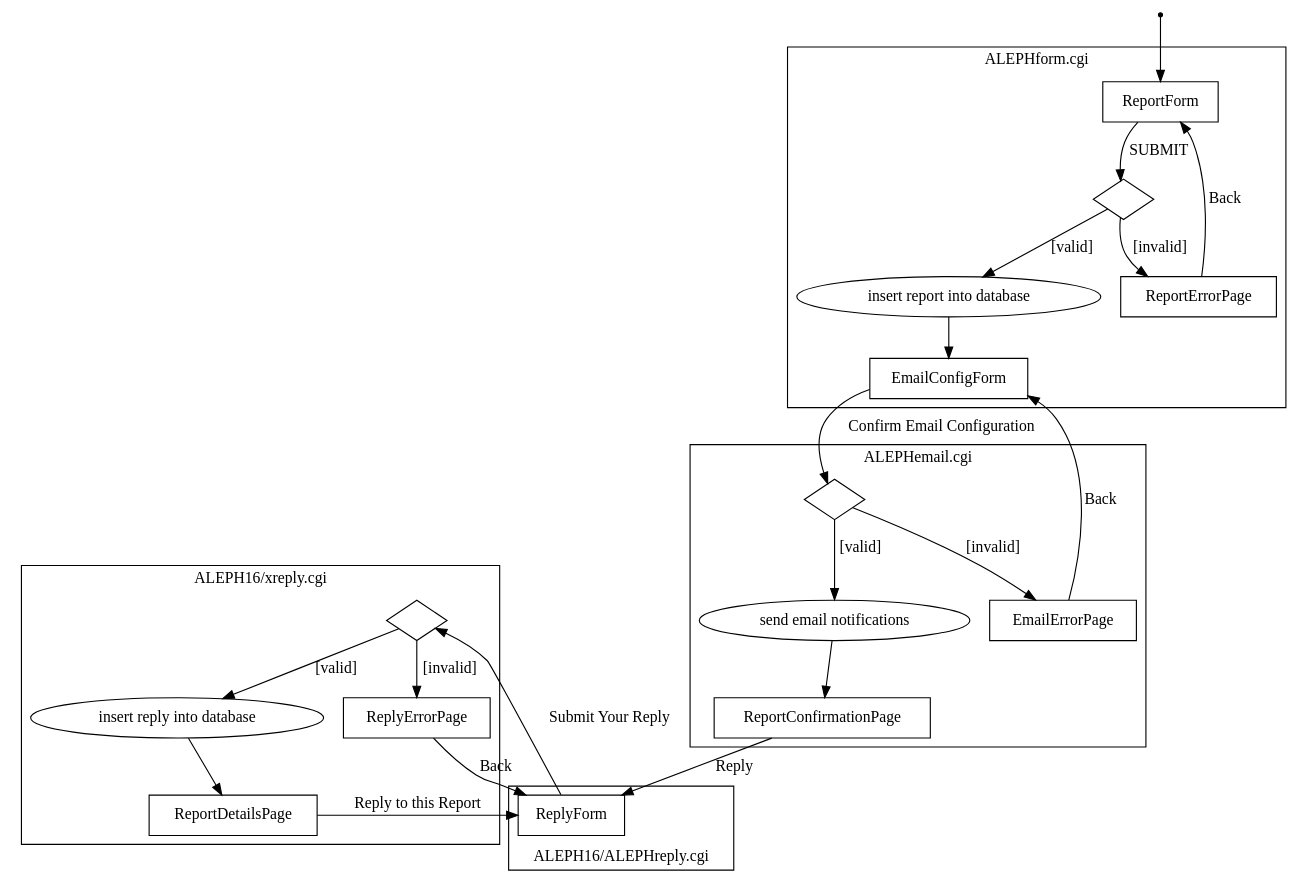
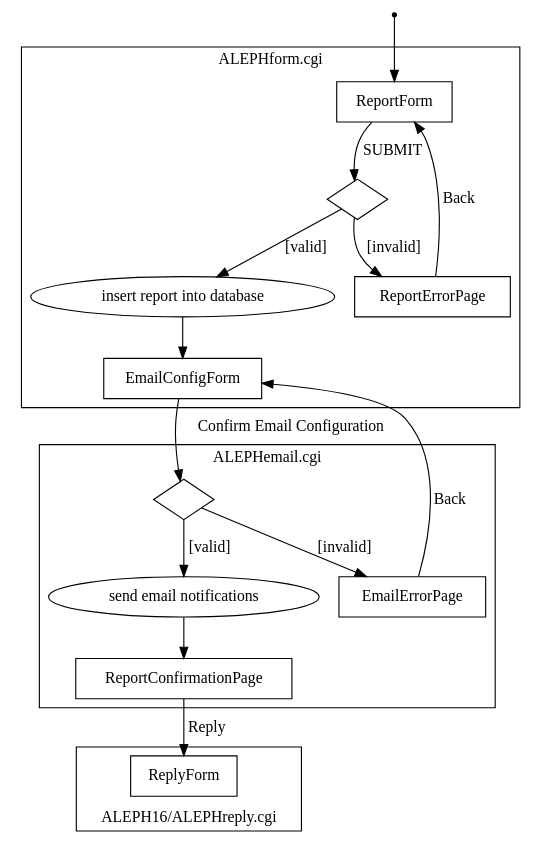
Before and after one commit to umd-lib/alephrx: the diagram in docs/submit.dot, drawn with Graphviz. The commit also changed 3 other files, not shown here.

First line of the commit message:
LIBILS-30: Added user reply flow diagram.

```diff
--- a/docs/submit.dot
+++ b/docs/submit.dot
@@ -1,89 +1,70 @@
-// The AlephRx report submission and reply process.
+// The AlephRx user report submission process.
 
 digraph {
     // pages
     node [
         shape = rect
     ]
     ReportForm
     EmailConfigForm
     ReportErrorPage
     EmailErrorPage
     ReportConfirmationPage
     ReplyForm
-    ReplyErrorPage
-    ReportDetailsPage
 
     // processes
     node [
         shape = ellipse
     ]
     insert_report [ label = "insert report into database" ]
     send_email [ label = "send email notifications" ]
-    insert_reply [ label = "insert reply into database" ]
 
     // error checking
     node [
         shape = diamond
         label = ""
     ]
-    report_validation
-    email_validation
-    reply_validation
+    validate_report
+    validate_email
 
     // set the starting page
     start [ shape = point ]
     start -> ReportForm
 
     // application flow
-    ReportForm -> report_validation [ label = "SUBMIT" ]
-    report_validation -> ReportErrorPage [ label = "[invalid]" ]
+    ReportForm -> validate_report [ label = "SUBMIT" ]
+    validate_report -> ReportErrorPage [ label = "[invalid]" ]
     ReportErrorPage -> ReportForm [ label = "Back" ]
-    report_validation -> insert_report [ label = "[valid]" ]
+    validate_report -> insert_report [ label = "[valid]" ]
     insert_report -> EmailConfigForm
 
-    EmailConfigForm -> email_validation [ label = "Confirm Email Configuration" ]
-    email_validation -> EmailErrorPage [ label = "[invalid]" ]
+    EmailConfigForm -> validate_email [ label = "Confirm Email Configuration" ]
+    validate_email -> EmailErrorPage [ label = "[invalid]" ]
     EmailErrorPage -> EmailConfigForm [ label = "Back" ]
-    email_validation -> send_email [ label = "[valid]" ]
+    validate_email -> send_email [ label = "[valid]" ]
     send_email -> ReportConfirmationPage
 
     ReportConfirmationPage -> ReplyForm [ label = "Reply" ]
-
-    ReplyForm -> reply_validation [ label = "Submit Your Reply" ]
-    reply_validation -> ReplyErrorPage [ label = "[invalid]" ]
-    ReplyErrorPage -> ReplyForm [ label = "Back" ]
-    reply_validation -> insert_reply [ label = "[valid]" ]
-    insert_reply -> ReportDetailsPage
-    ReportDetailsPage -> ReplyForm [ label = "Reply to this Report" ]
 
     // group the pages and processes by which script handles them
     subgraph cluster_0 {
         label = "ALEPHform.cgi"
         ReportForm
         EmailConfigForm
         ReportErrorPage
-        report_validation
+        validate_report
         insert_report
     }
     subgraph cluster_1 {
         label = "ALEPHemail.cgi"
-        email_validation
+        validate_email
         EmailErrorPage
         send_email
         ReportConfirmationPage
     }
     subgraph cluster_2 {
         label = "ALEPH16/ALEPHreply.cgi"
         labelloc = b
-        id = "ALEPHreply.cgi"
         ReplyForm
     }
-    subgraph cluster_3 {
-        label = "ALEPH16/xreply.cgi"
-        reply_validation
-        ReplyErrorPage
-        insert_reply
-        ReportDetailsPage
-    }
 }
```
